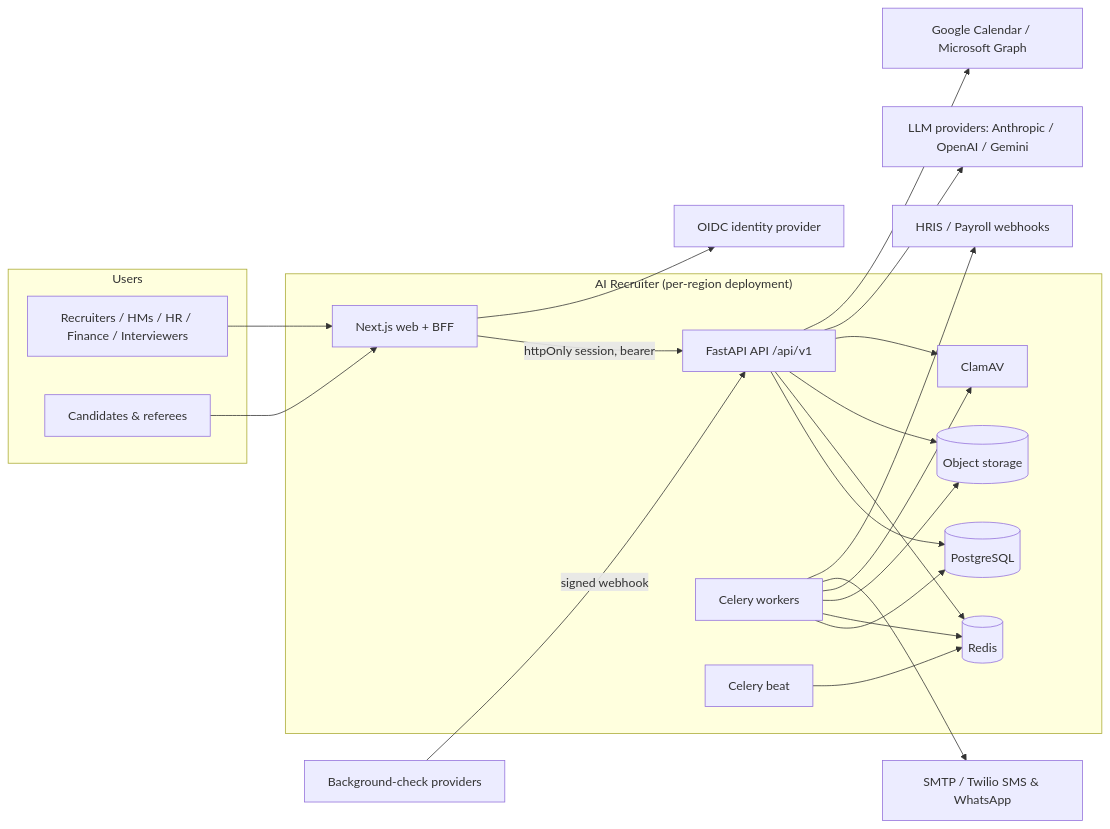
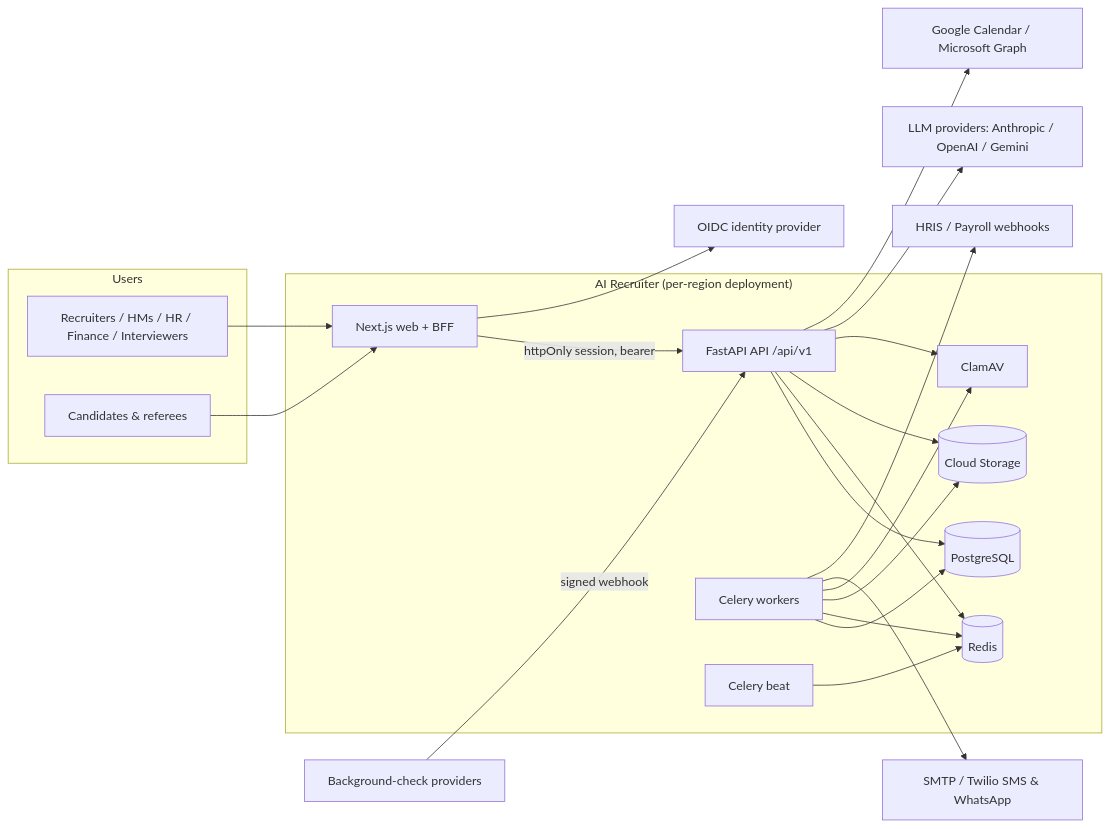
Before and after one commit to cjktechnologies/ai-recruiter: the first of 2 diagrams in docs/architecture/SDD.md, drawn with Mermaid. The commit also changed other lines of this file and 37 other files, not shown here.

````diff
--- a/docs/architecture/SDD.md
+++ b/docs/architecture/SDD.md
@@ -5,34 +5,34 @@
 ```mermaid
 flowchart LR
   subgraph Users
     Staff[Recruiters / HMs / HR / Finance / Interviewers]
     Cand[Candidates & referees]
   end
   subgraph Platform["AI Recruiter (per-region deployment)"]
     Web[Next.js web + BFF]
     API[FastAPI API /api/v1]
     Worker[Celery workers]
     Beat[Celery beat]
     PG[(PostgreSQL)]
     Redis[(Redis)]
-    S3[(Object storage)]
+    GCS[(Cloud Storage)]
     AV[ClamAV]
   end
   LLM[LLM providers: Anthropic / OpenAI / Gemini]
   Cal[Google Calendar / Microsoft Graph]
   Msg[SMTP / Twilio SMS & WhatsApp]
   HRIS[HRIS / Payroll webhooks]
   BG[Background-check providers]
   IdP[OIDC identity provider]
 
   Staff --> Web
   Cand --> Web
   Web -->|httpOnly session, bearer| API
-  API --> PG & Redis & S3 & AV
-  Worker --> PG & Redis & S3 & AV
+  API --> PG & Redis & GCS & AV
+  Worker --> PG & Redis & GCS & AV
   Beat --> Redis
   API --> LLM & Cal
   Worker --> Msg & HRIS
   BG -->|signed webhook| API
   Web --> IdP
 ```
````
